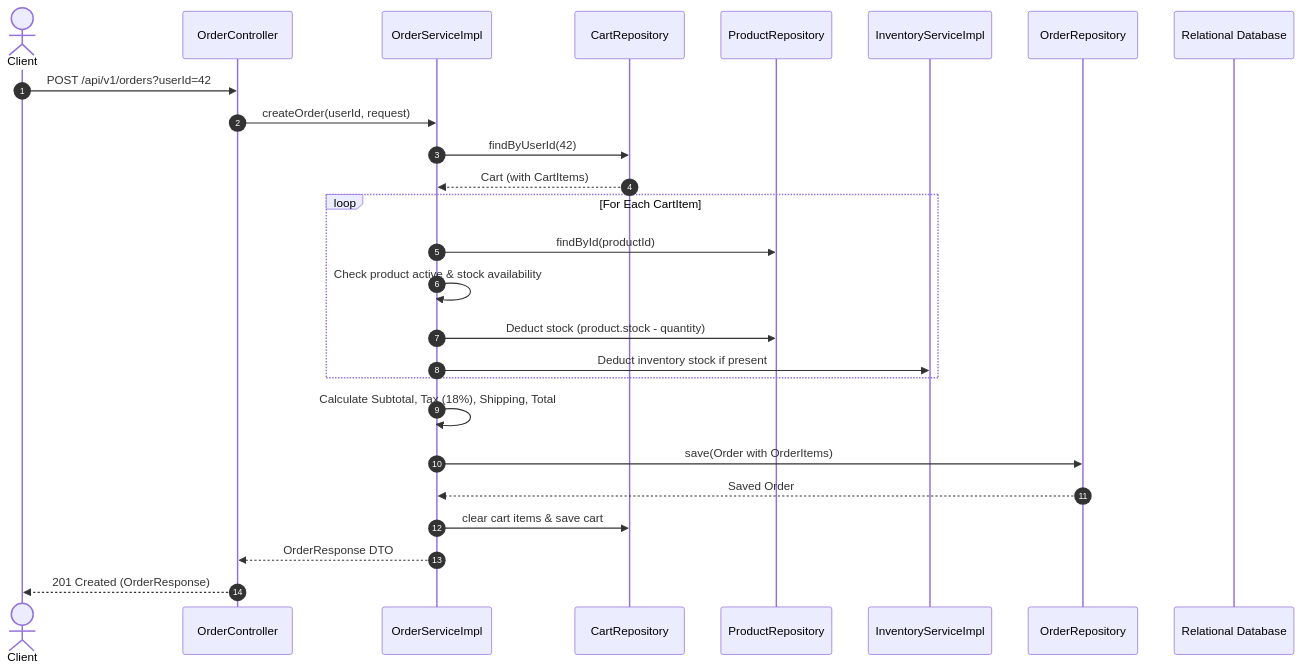
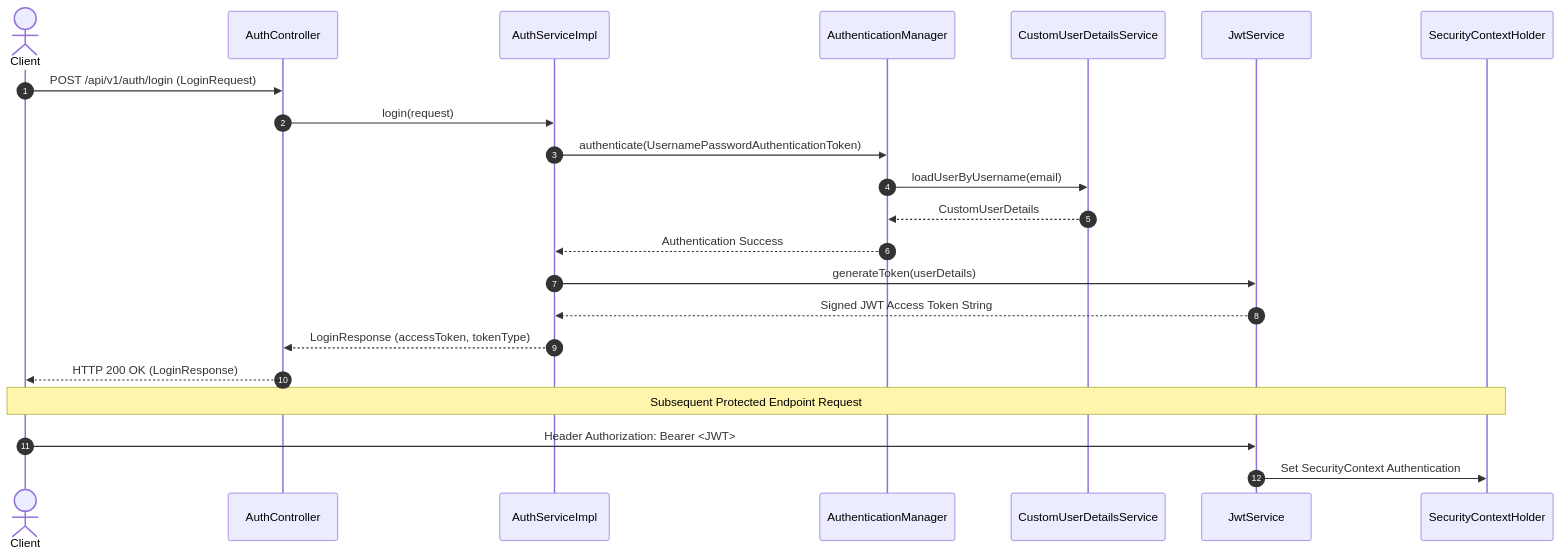
Before and after one commit to Amitgupta0001/amazon-scale-backend: the fourth of 9 diagrams in docs/Architecture.md, drawn with Mermaid. The commit also changed other lines of this file and 26 other files, not shown here.

Commit message:
docs: document project architecture, API, security, database, and modules

````diff
--- a/docs/Architecture.md
+++ b/docs/Architecture.md
@@ -235,31 +233,26 @@
 ```mermaid
 sequenceDiagram
     autonumber
     actor Client
-    participant OrderCtrl as OrderController
-    participant OrderSvc as OrderServiceImpl
-    participant CartRepo as CartRepository
-    participant ProdRepo as ProductRepository
-    participant InvSvc as InventoryServiceImpl
-    participant OrderRepo as OrderRepository
-    participant DB as Relational Database
+    participant Ctrl as AuthController
+    participant AuthSvc as AuthServiceImpl
+    participant AuthMgr as AuthenticationManager
+    participant UserDetailsSvc as CustomUserDetailsService
+    participant JwtSvc as JwtService
+    participant SecCtx as SecurityContextHolder
 
-    Client->>OrderCtrl: POST /api/v1/orders?userId=42
-    OrderCtrl->>OrderSvc: createOrder(userId, request)
-    OrderSvc->>CartRepo: findByUserId(42)
-    CartRepo-->>OrderSvc: Cart (with CartItems)
-    
-    loop For Each CartItem
-        OrderSvc->>ProdRepo: findById(productId)
-        OrderSvc->>OrderSvc: Check product active & stock availability
-        OrderSvc->>ProdRepo: Deduct stock (product.stock - quantity)
-        OrderSvc->>InvSvc: Deduct inventory stock if present
-    end
+    Client->>Ctrl: POST /api/v1/auth/login (LoginRequest)
+    Ctrl->>AuthSvc: login(request)
+    AuthSvc->>AuthMgr: authenticate(UsernamePasswordAuthenticationToken)
+    AuthMgr->>UserDetailsSvc: loadUserByUsername(email)
+    UserDetailsSvc-->>AuthMgr: CustomUserDetails
+    AuthMgr-->>AuthSvc: Authentication Success
+    AuthSvc->>JwtSvc: generateToken(userDetails)
+    JwtSvc-->>AuthSvc: Signed JWT Access Token String
+    AuthSvc-->>Ctrl: LoginResponse (accessToken, tokenType)
+    Ctrl-->>Client: HTTP 200 OK (LoginResponse)
 
-    OrderSvc->>OrderSvc: Calculate Subtotal, Tax (18%), Shipping, Total
-    OrderSvc->>OrderRepo: save(Order with OrderItems)
-    OrderRepo-->>OrderSvc: Saved Order
-    OrderSvc->>CartRepo: clear cart items & save cart
-    OrderSvc-->>OrderCtrl: OrderResponse DTO
-    OrderCtrl-->>Client: 201 Created (OrderResponse)
+    Note over Client,SecCtx: Subsequent Protected Endpoint Request
+    Client->>JwtSvc: Header Authorization: Bearer <JWT>
+    JwtSvc->>SecCtx: Set SecurityContext Authentication
 ```
````
